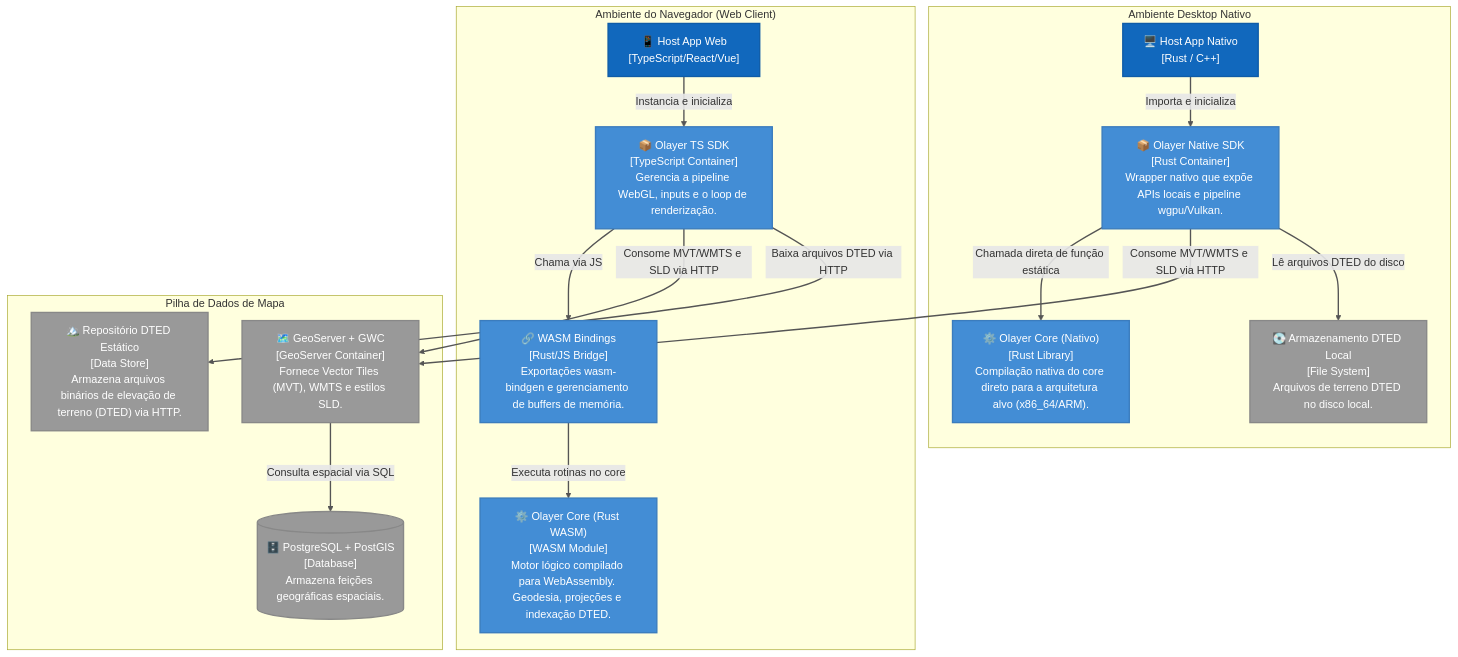
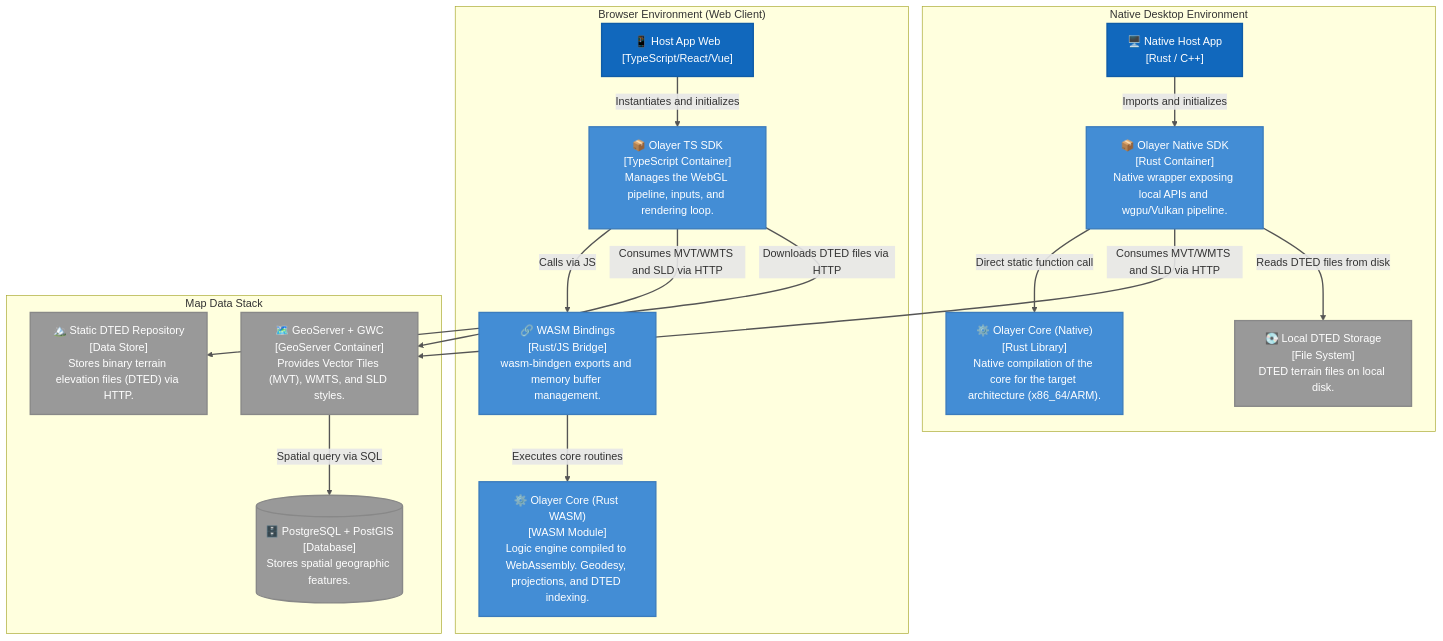
One commit to rodoni/olayer changed the second of 5 diagrams in docs/arch.md. Above: the diagram before and after it, drawn with Mermaid. The commit also changed other lines of this file and 29 other files, not shown here.

Commit message:
fix docs language and sdk/native

````diff
--- a/docs/arch.md
+++ b/docs/arch.md
@@ -63,44 +63,44 @@
 ```mermaid
 graph TB
     classDef container fill:#438DD5,stroke:#3b7cbd,color:#ffffff,stroke-width:2px;
     classDef external fill:#999999,stroke:#888888,color:#ffffff,stroke-width:2px;
     classDef host fill:#1168BD,stroke:#0f5ca7,color:#ffffff,stroke-width:2px;
 
-    subgraph Web_Browser ["Ambiente do Navegador (Web Client)"]
+    subgraph Web_Browser ["Browser Environment (Web Client)"]
         host_web["📱 Host App Web<br>[TypeScript/React/Vue]"]:::host
-        ts_sdk["📦 Olayer TS SDK<br>[TypeScript Container]<br>Gerencia a pipeline WebGL, inputs e o loop de renderização."]:::container
-        wasm_bind["🔗 WASM Bindings<br>[Rust/JS Bridge]<br>Exportações wasm-bindgen e gerenciamento de buffers de memória."]:::container
-        wasm_core["⚙️ Olayer Core (Rust WASM)<br>[WASM Module]<br>Motor lógico compilado para WebAssembly. Geodesia, projeções e indexação DTED."]:::container
+        ts_sdk["📦 Olayer TS SDK<br>[TypeScript Container]<br>Manages the WebGL pipeline, inputs, and rendering loop."]:::container
+        wasm_bind["🔗 WASM Bindings<br>[Rust/JS Bridge]<br>wasm-bindgen exports and memory buffer management."]:::container
+        wasm_core["⚙️ Olayer Core (Rust WASM)<br>[WASM Module]<br>Logic engine compiled to WebAssembly. Geodesy, projections, and DTED indexing."]:::container
     end
     
-    subgraph Desktop_OS ["Ambiente Desktop Nativo"]
-        host_rust["🖥️ Host App Nativo<br>[Rust / C++]"]:::host
-        native_sdk["📦 Olayer Native SDK<br>[Rust Container]<br>Wrapper nativo que expõe APIs locais e pipeline wgpu/Vulkan."]:::container
-        rust_core["⚙️ Olayer Core (Nativo)<br>[Rust Library]<br>Compilação nativa do core direto para a arquitetura alvo (x86_64/ARM)."]:::container
-        local_disk["💽 Armazenamento DTED Local<br>[File System]<br>Arquivos de terreno DTED no disco local."]:::external
+    subgraph Desktop_OS ["Native Desktop Environment"]
+        host_rust["🖥️ Native Host App<br>[Rust / C++]"]:::host
+        native_sdk["📦 Olayer Native SDK<br>[Rust Container]<br>Native wrapper exposing local APIs and wgpu/Vulkan pipeline."]:::container
+        rust_core["⚙️ Olayer Core (Native)<br>[Rust Library]<br>Native compilation of the core for the target architecture (x86_64/ARM)."]:::container
+        local_disk["💽 Local DTED Storage<br>[File System]<br>DTED terrain files on local disk."]:::external
     end
     
-    subgraph Map_Server_Stack ["Pilha de Dados de Mapa"]
-        geoserver["🗺️ GeoServer + GWC<br>[GeoServer Container]<br>Fornece Vector Tiles (MVT), WMTS e estilos SLD."]:::external
-        postgis[("🗄️ PostgreSQL + PostGIS<br>[Database]<br>Armazena feições geográficas espaciais.")]:::external
-        terrain_repo["🏔️ Repositório DTED Estático<br>[Data Store]<br>Armazena arquivos binários de elevação de terreno (DTED) via HTTP."]:::external
+    subgraph Map_Server_Stack ["Map Data Stack"]
+        geoserver["🗺️ GeoServer + GWC<br>[GeoServer Container]<br>Provides Vector Tiles (MVT), WMTS, and SLD styles."]:::external
+        postgis[("🗄️ PostgreSQL + PostGIS<br>[Database]<br>Stores spatial geographic features.")]:::external
+        terrain_repo["🏔️ Static DTED Repository<br>[Data Store]<br>Stores binary terrain elevation files (DTED) via HTTP."]:::external
     end
     
-    %% Fluxos Web
-    host_web -->|Instancia e inicializa| ts_sdk
-    ts_sdk -->|Chama via JS| wasm_bind
-    wasm_bind -->|Executa rotinas no core| wasm_core
-    ts_sdk -->|Consome MVT/WMTS e SLD via HTTP| geoserver
-    ts_sdk -->|Baixa arquivos DTED via HTTP| terrain_repo
+    %% Web Flows
+    host_web -->|Instantiates and initializes| ts_sdk
+    ts_sdk -->|Calls via JS| wasm_bind
+    wasm_bind -->|Executes core routines| wasm_core
+    ts_sdk -->|Consumes MVT/WMTS and SLD via HTTP| geoserver
+    ts_sdk -->|Downloads DTED files via HTTP| terrain_repo
     
-    %% Fluxos Nativo
-    host_rust -->|Importa e inicializa| native_sdk
-    native_sdk -->|Chamada direta de função estática| rust_core
-    native_sdk -->|Consome MVT/WMTS e SLD via HTTP| geoserver
-    native_sdk -->|Lê arquivos DTED do disco| local_disk
+    %% Native Flows
+    host_rust -->|Imports and initializes| native_sdk
+    native_sdk -->|Direct static function call| rust_core
+    native_sdk -->|Consumes MVT/WMTS and SLD via HTTP| geoserver
+    native_sdk -->|Reads DTED files from disk| local_disk
 
-    %% Infra de Dados
-    geoserver -->|Consulta espacial via SQL| postgis
+    %% Data Infrastructure
+    geoserver -->|Spatial query via SQL| postgis
 
     linkStyle 0,1,2,3,4,5,6,7,8,9 stroke:#555,stroke-width:2px;
 ```
````
